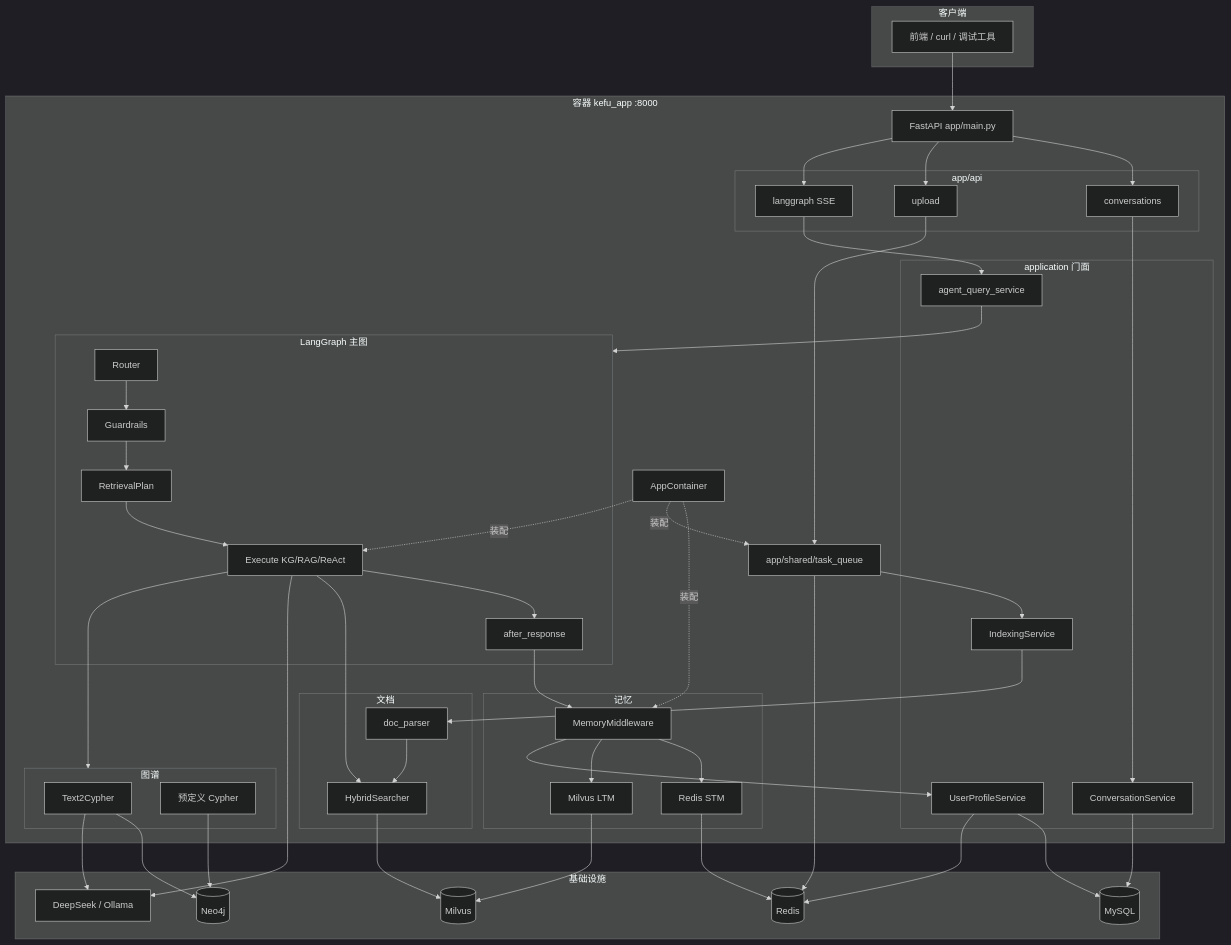
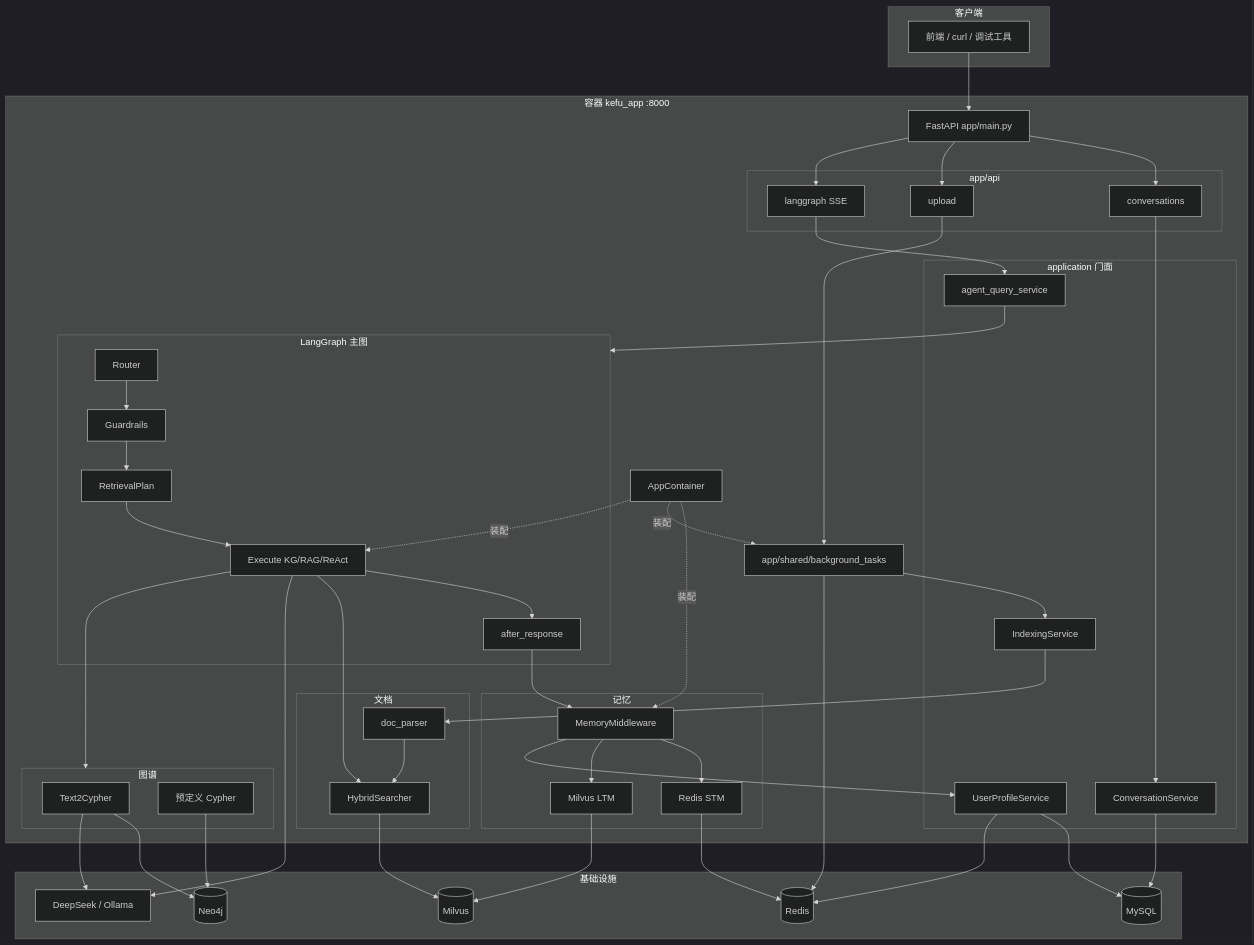
Before and after one commit to bitladykiller/-: the first of 30 diagrams in docs/modules/00-全流程图集.md, drawn with Mermaid (dark theme). The commit also changed 10 other files, not shown here.

````diff
--- a/docs/modules/00-全流程图集.md
+++ b/docs/modules/00-全流程图集.md
@@ -36,69 +36,69 @@
 ```mermaid
 flowchart TB
     subgraph Client["客户端"]
         FE[前端 / curl / 调试工具]
     end
 
     subgraph AppContainer["容器 kefu_app :8000"]
         API["FastAPI app/main.py"]
         subgraph APILayer["app/api"]
             CAPI[conversations]
             UAPI[upload]
             LAPI[langgraph SSE]
         end
         subgraph AppLayer["application 门面"]
             CS[ConversationService]
             AQS[agent_query_service]
             IS[IndexingService]
             UPS[UserProfileService]
         end
-        TQ[app/shared/task_queue]
+        TQ[app/shared/background_tasks]
         subgraph Agent["LangGraph 主图"]
             R[Router]
             G[Guardrails]
             P[RetrievalPlan]
             E[Execute KG/RAG/ReAct]
             AR[after_response]
         end
         subgraph Memory["记忆"]
             MM[MemoryMiddleware]
             STM[Redis STM]
             LTM[Milvus LTM]
         end
         subgraph KG["图谱"]
             T2C[Text2Cypher]
             PRE[预定义 Cypher]
         end
         subgraph Doc["文档"]
             DP[doc_parser]
             HS[HybridSearcher]
         end
         AC[AppContainer]
     end
 
     subgraph Infra["基础设施"]
         MY[(MySQL)]
         RD[(Redis)]
         NJ[(Neo4j)]
         MV[(Milvus)]
         LLM[DeepSeek / Ollama]
     end
 
     FE --> API
     API --> CAPI & UAPI & LAPI
     CAPI --> CS --> MY
     UAPI --> TQ --> IS --> DP --> HS --> MV
     LAPI --> AQS --> Agent
     R --> G --> P --> E --> AR
     E --> KG & HS
     E --> LLM
     AR --> MM
     MM --> STM & LTM & UPS
     STM --> RD
     LTM --> MV
     UPS --> MY & RD
     T2C --> NJ & LLM
     PRE --> NJ
     TQ --> RD
     AC -.->|装配| MM & TQ & E
 ```
````
